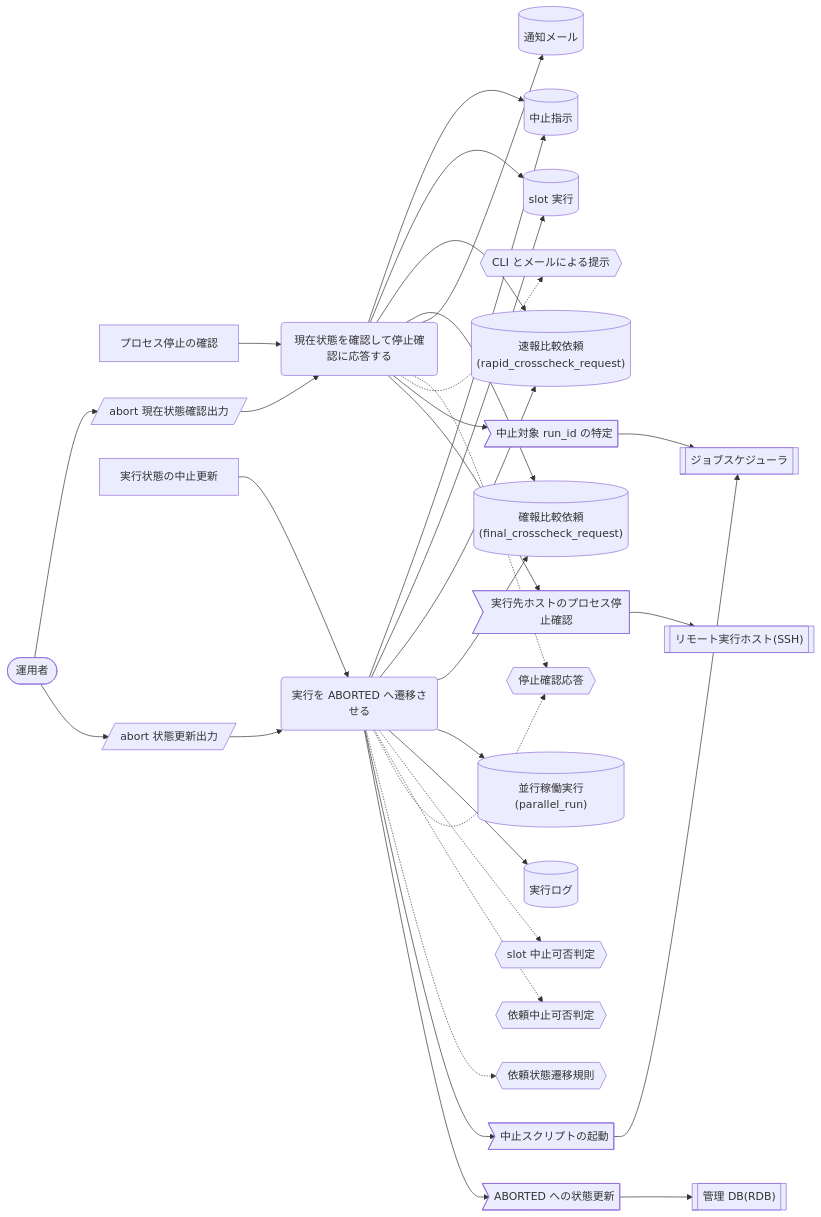
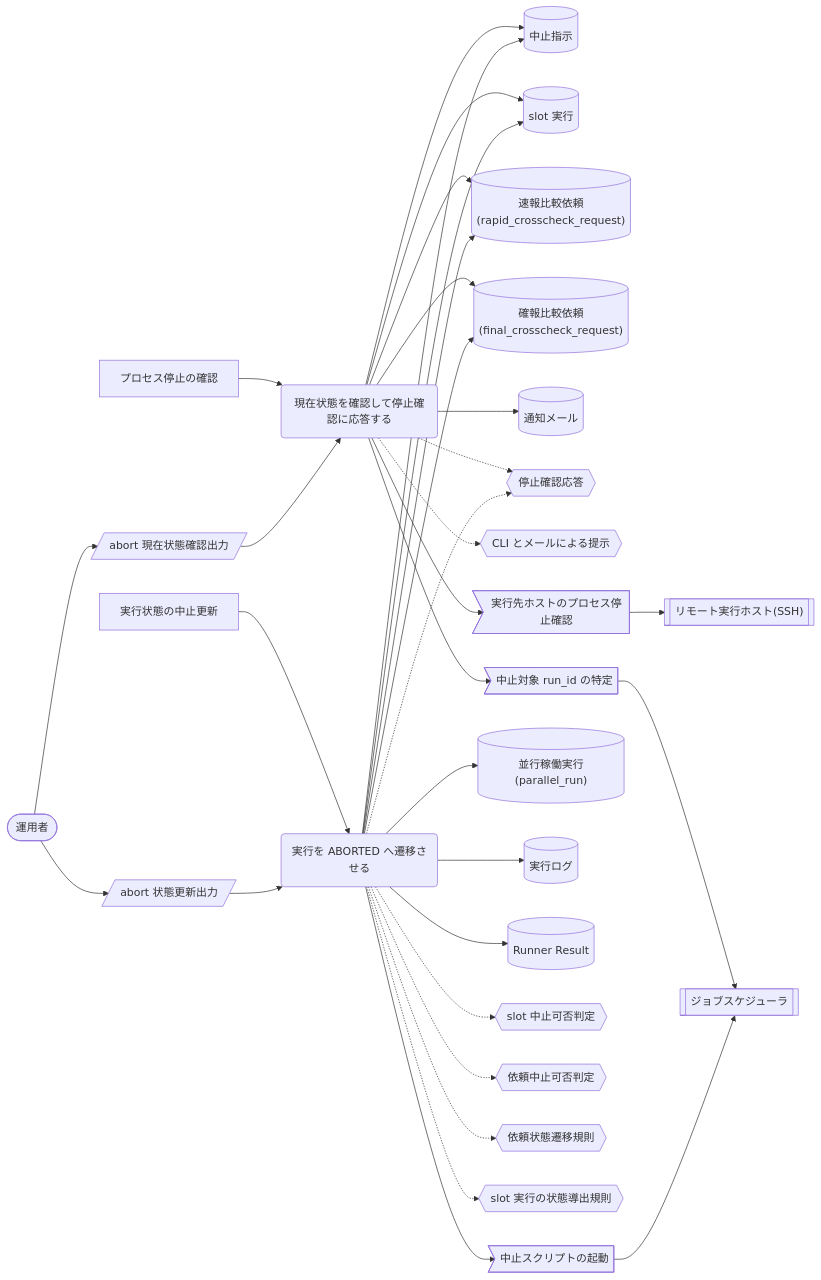
The fifth of 7 diagrams in docs/rdra/latest/views/04_UC複合図.md (suwa-sh/relay-gate), drawn with Mermaid before and after one commit. The commit also changed other lines of this file and 849 other files, not shown here.

````diff
--- a/docs/rdra/latest/views/04_UC複合図.md
+++ b/docs/rdra/latest/views/04_UC複合図.md
@@ -547,60 +530,60 @@
 ```mermaid
 graph LR
   UC1("現在状態を確認して停止確認に応答する")
   AT1["プロセス停止の確認"]
   IF1[("中止指示")]
   IF2[("slot 実行")]
   IF3[("速報比較依頼(rapid_crosscheck_request)")]
   IF4[("確報比較依頼(final_crosscheck_request)")]
   IF5[("通知メール")]
   CD1{{"停止確認応答"}}
   CD2{{"CLI とメールによる提示"}}
   SC1[/"abort 現在状態確認出力"/]
   AC1(["運用者"])
   EV1>"中止対象 run_id の特定"]
   EX1[["ジョブスケジューラ"]]
   EV2>"実行先ホストのプロセス停止確認"]
   EX2[["リモート実行ホスト(SSH)"]]
   UC2("実行を ABORTED へ遷移させる")
   AT2["実行状態の中止更新"]
   IF6[("並行稼働実行(parallel_run)")]
   IF7[("実行ログ")]
+  IF8[("Runner Result")]
   CD3{{"slot 中止可否判定"}}
   CD4{{"依頼中止可否判定"}}
   CD5{{"依頼状態遷移規則"}}
+  CD6{{"slot 実行の状態導出規則"}}
   SC2[/"abort 状態更新出力"/]
   EV3>"中止スクリプトの起動"]
-  EV4>"ABORTED への状態更新"]
-  EX3[["管理 DB(RDB)"]]
   AT1 --> UC1
   UC1 --> IF1
   UC1 --> IF2
   UC1 --> IF3
   UC1 --> IF4
   UC1 --> IF5
   UC1 -.-> CD1
   UC1 -.-> CD2
   AC1 --> SC1
   SC1 --> UC1
   UC1 --> EV1
   EV1 --> EX1
   UC1 --> EV2
   EV2 --> EX2
   AT2 --> UC2
   UC2 --> IF1
   UC2 --> IF2
   UC2 --> IF3
   UC2 --> IF4
   UC2 --> IF6
   UC2 --> IF7
+  UC2 --> IF8
   UC2 -.-> CD3
   UC2 -.-> CD4
   UC2 -.-> CD1
   UC2 -.-> CD5
+  UC2 -.-> CD6
   AC1 --> SC2
   SC2 --> UC2
   UC2 --> EV3
   EV3 --> EX1
-  UC2 --> EV4
-  EV4 --> EX3
 ```
````
